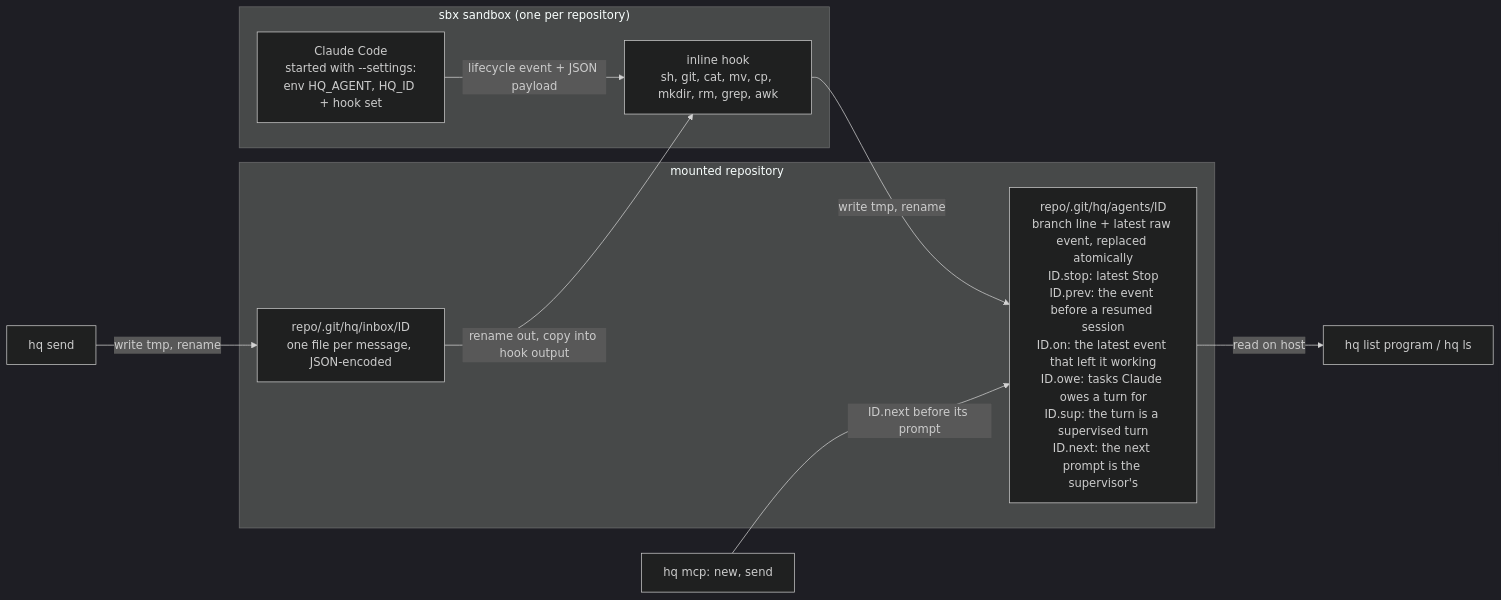
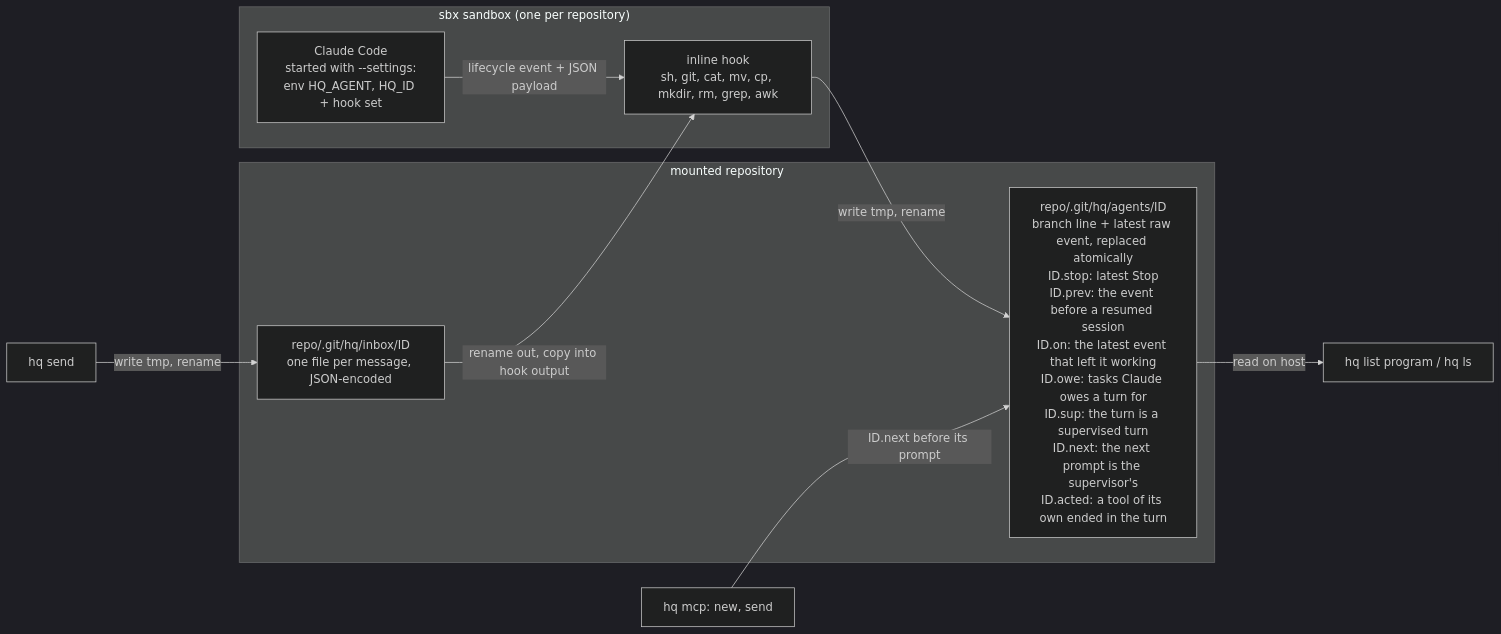
One commit to rkrysinski/hq changed the second of 4 diagrams in docs/design/hq.md. Above: the diagram before and after it, drawn with Mermaid (dark theme). The commit also changed other lines of this file and 16 other files, not shown here.

First line of the commit message:
A turn Claude has acted on is no rewind at a still screen (#77)

````diff
--- a/docs/design/hq.md
+++ b/docs/design/hq.md
@@ -85,17 +85,17 @@
 ```mermaid
 flowchart LR
     subgraph SB["sbx sandbox (one per repository)"]
         C["Claude Code<br/>started with --settings:<br/>env HQ_AGENT, HQ_ID + hook set"]
         K["inline hook<br/>sh, git, cat, mv, cp, mkdir, rm, grep, awk"]
         C -- "lifecycle event + JSON payload" --> K
     end
     subgraph RP["mounted repository"]
-        F["repo/.git/hq/agents/ID<br/>branch line + latest raw event, replaced atomically<br/>ID.stop: latest Stop<br/>ID.prev: the event before a resumed session<br/>ID.on: the latest event that left it working<br/>ID.owe: tasks Claude owes a turn for<br/>ID.sup: the turn is a supervised turn<br/>ID.next: the next prompt is the supervisor's"]
+        F["repo/.git/hq/agents/ID<br/>branch line + latest raw event, replaced atomically<br/>ID.stop: latest Stop<br/>ID.prev: the event before a resumed session<br/>ID.on: the latest event that left it working<br/>ID.owe: tasks Claude owes a turn for<br/>ID.sup: the turn is a supervised turn<br/>ID.next: the next prompt is the supervisor's<br/>ID.acted: a tool of its own ended in the turn"]
         I["repo/.git/hq/inbox/ID<br/>one file per message, JSON-encoded"]
     end
     K -- "write tmp, rename" --> F
     F -- "read on host" --> LP["hq list program / hq ls"]
     SEND["hq send"] -- "write tmp, rename" --> I
     I -- "rename out, copy into hook output" --> K
     MCP["hq mcp: new, send"] -- "ID.next before its prompt" --> F
 ```
````
